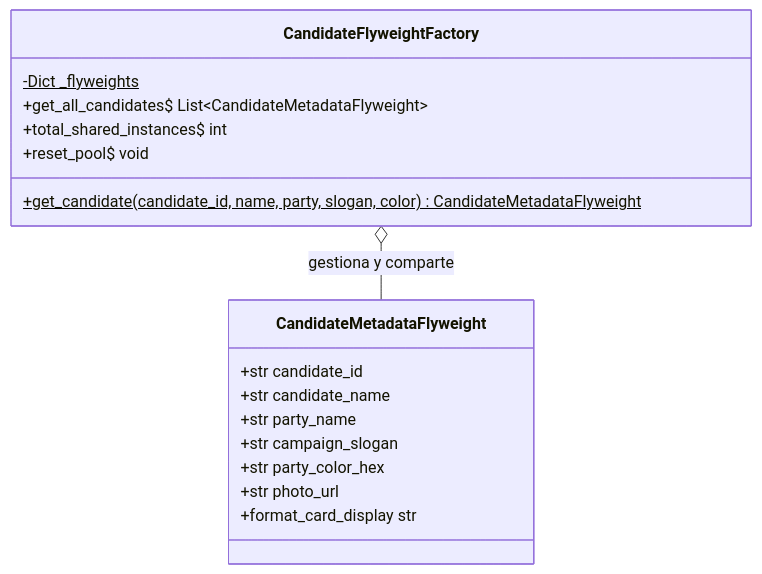
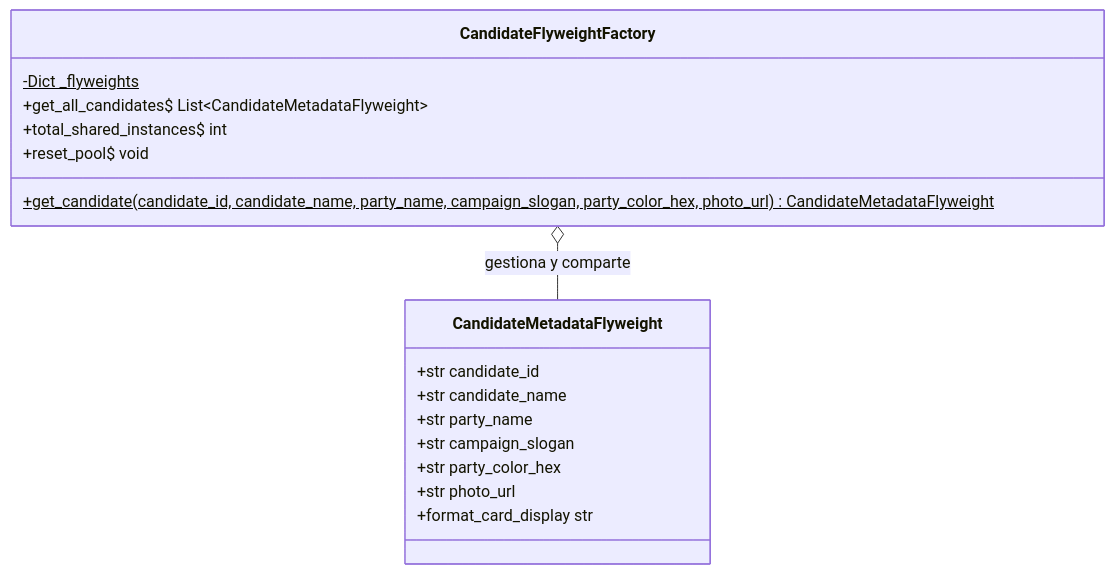
One commit to yesidexe/pdsa194 changed the second of 2 diagrams in docs/avances/patron_proxy_flyweight.md. Above: the diagram before and after it, drawn with Mermaid. The commit also changed other lines of this file and 16 other files, not shown here.

````diff
--- a/docs/avances/patron_proxy_flyweight.md
+++ b/docs/avances/patron_proxy_flyweight.md
@@ -149,26 +153,26 @@
 ```mermaid
 classDiagram
     direction TB
 
     %% Estado Intrínseco (Flyweight)
     class CandidateMetadataFlyweight {
         +str candidate_id
         +str candidate_name
         +str party_name
         +str campaign_slogan
         +str party_color_hex
         +str photo_url
         +format_card_display str
     }
 
     %% Fábrica y Almacén Común (Pool)
     class CandidateFlyweightFactory {
         -Dict _flyweights$
-        +get_candidate(candidate_id, name, party, slogan, color)$ CandidateMetadataFlyweight
+        +get_candidate(candidate_id, candidate_name, party_name, campaign_slogan, party_color_hex, photo_url)$ CandidateMetadataFlyweight
         +get_all_candidates$ List~CandidateMetadataFlyweight~
         +total_shared_instances$ int
         +reset_pool$ void
     }
 
     CandidateFlyweightFactory o-- CandidateMetadataFlyweight : gestiona y comparte
 ```
````
